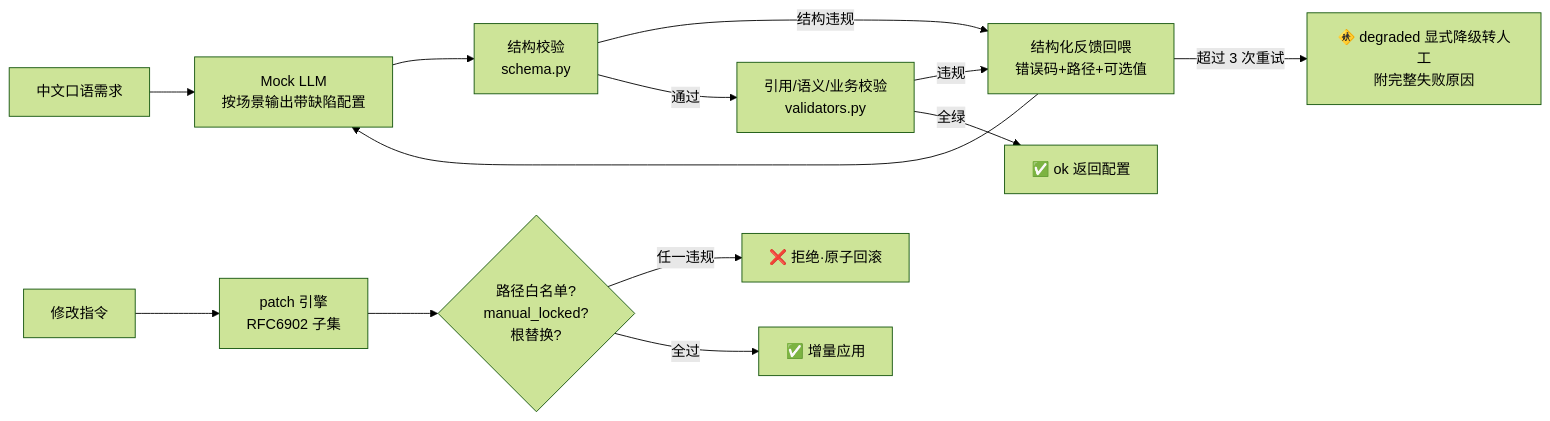
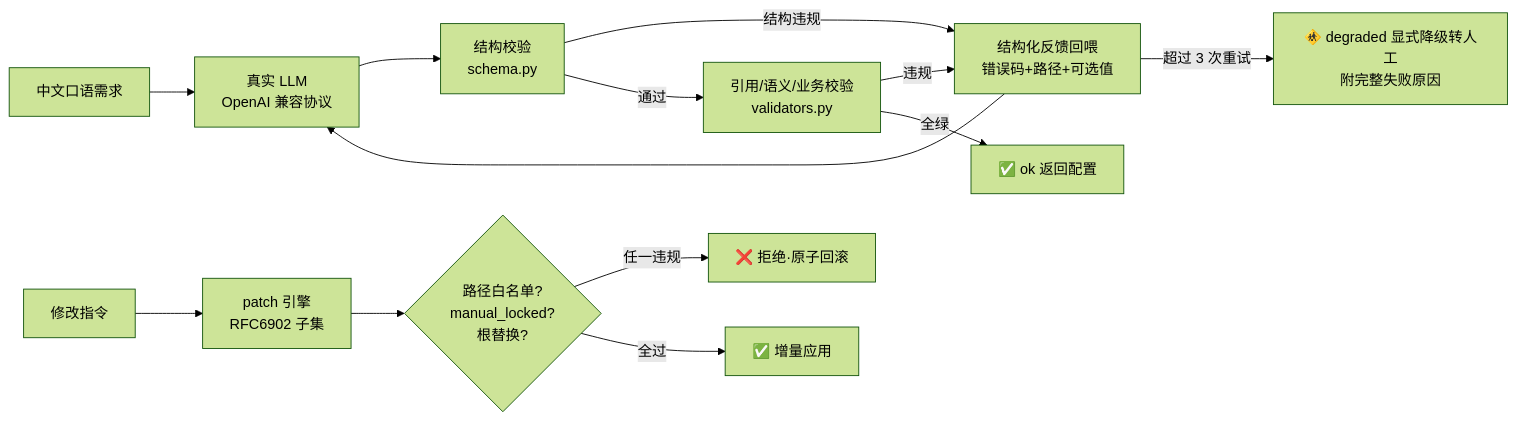
The diagram in README.md (kaijie0074-art/sprout-nl2config), drawn with Mermaid (forest theme) before and after one commit. The commit also changed other lines of this file and 33 other files, not shown here.

First line of the commit message:
refactor!: 移除脚本化 Mock LLM，接真实 OpenAI 兼容客户端

````diff
--- a/README.md
+++ b/README.md
@@ -15,15 +15,15 @@
 ```mermaid
 flowchart LR
-    A[中文口语需求] --> B[Mock LLM<br/>按场景输出带缺陷配置]
+    A[中文口语需求] --> B[真实 LLM<br/>OpenAI 兼容协议]
     B --> C[结构校验<br/>schema.py]
     C -->|结构违规| F[结构化反馈回喂<br/>错误码+路径+可选值]
     C -->|通过| D[引用/语义/业务校验<br/>validators.py]
     D -->|违规| F
     D -->|全绿| E[✅ ok 返回配置]
     F --> B
     F -->|超过 3 次重试| G[🚸 degraded 显式降级转人工<br/>附完整失败原因]
     H[修改指令] --> I[patch 引擎<br/>RFC6902 子集]
     I --> J{路径白名单?<br/>manual_locked?<br/>根替换?}
     J -->|任一违规| K[❌ 拒绝·原子回滚]
     J -->|全过| L[✅ 增量应用]
 ```
````
